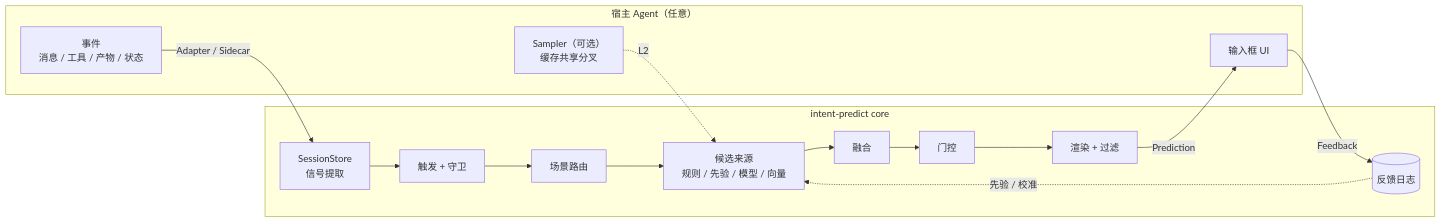
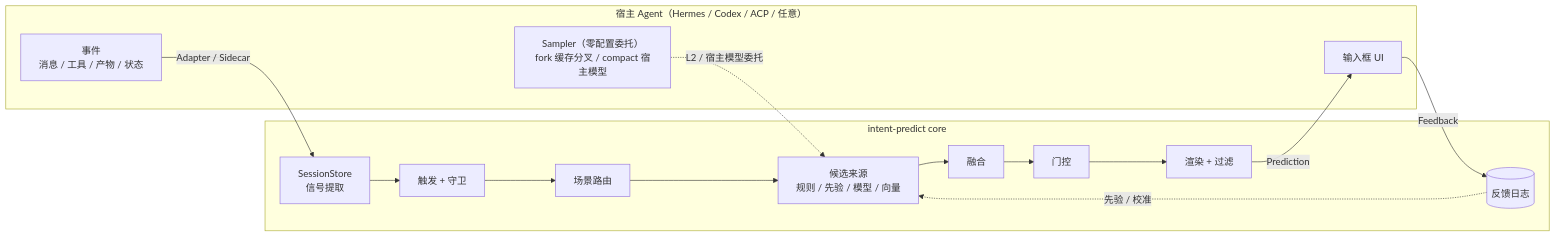
One commit to susyimes/intent-predict changed the first of 3 diagrams in docs/design.md. Above: the diagram before and after it, drawn with Mermaid. The commit also changed other lines of this file and 7 other files, not shown here.

First line of the commit message:
docs(spec): finalize v0.2 design details, JSON schemas, and coding scenario pack

````diff
--- a/docs/design.md
+++ b/docs/design.md
@@ -124,23 +124,23 @@
 ```mermaid
 flowchart LR
-  subgraph Host["宿主 Agent（任意）"]
+  subgraph Host["宿主 Agent（Hermes / Codex / ACP / 任意）"]
     E["事件<br/>消息 / 工具 / 产物 / 状态"]
-    S["Sampler（可选）<br/>缓存共享分叉"]
+    S["Sampler（零配置委托）<br/>fork 缓存分叉 / compact 宿主模型"]
     U["输入框 UI"]
   end
   subgraph SDK["intent-predict core"]
     ST["SessionStore<br/>信号提取"]
     TG["触发 + 守卫"]
     SR["场景路由"]
     CS["候选来源<br/>规则 / 先验 / 模型 / 向量"]
     FU["融合"]
     GT["门控"]
     RD["渲染 + 过滤"]
     FB[("反馈日志")]
   end
   E -->|"Adapter / Sidecar"| ST --> TG --> SR --> CS --> FU --> GT --> RD
-  S -.->|"L2"| CS
+  S -.->|"L2 / 宿主模型委托"| CS
   RD -->|"Prediction"| U
   U -->|"Feedback"| FB
   FB -.->|"先验 / 校准"| CS
 ```
````
